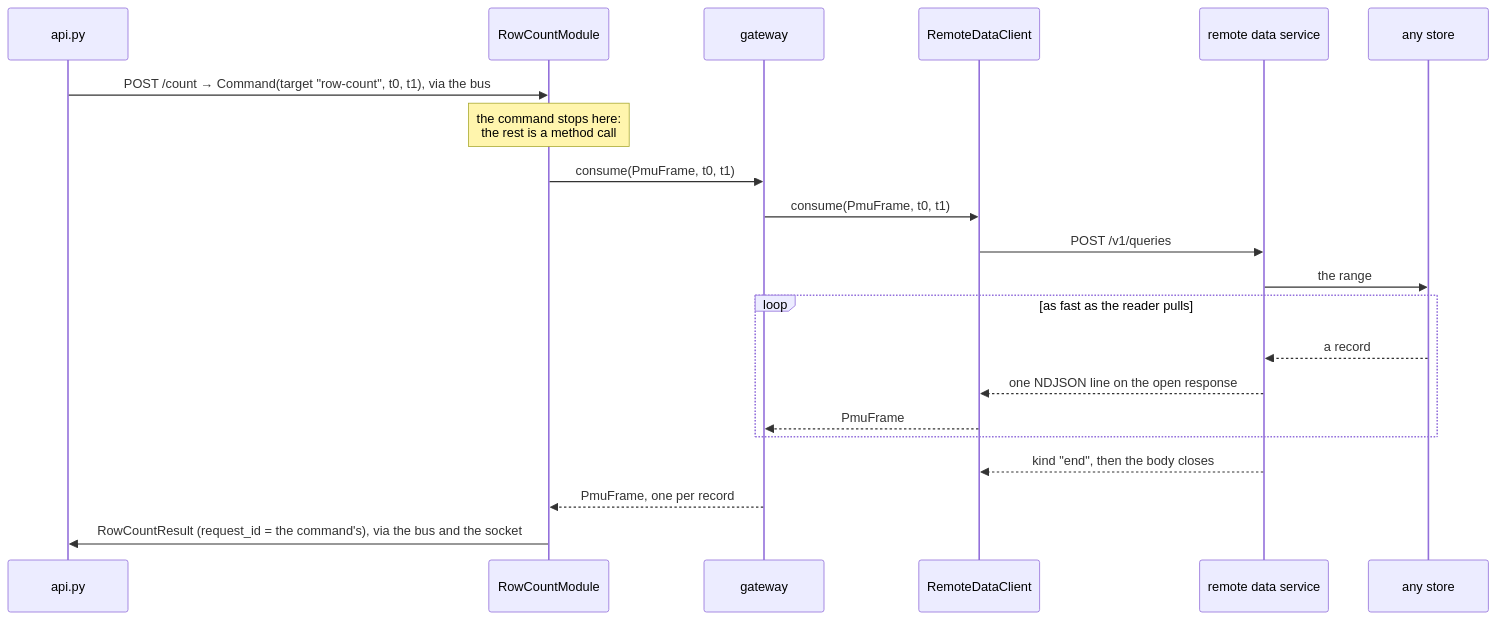
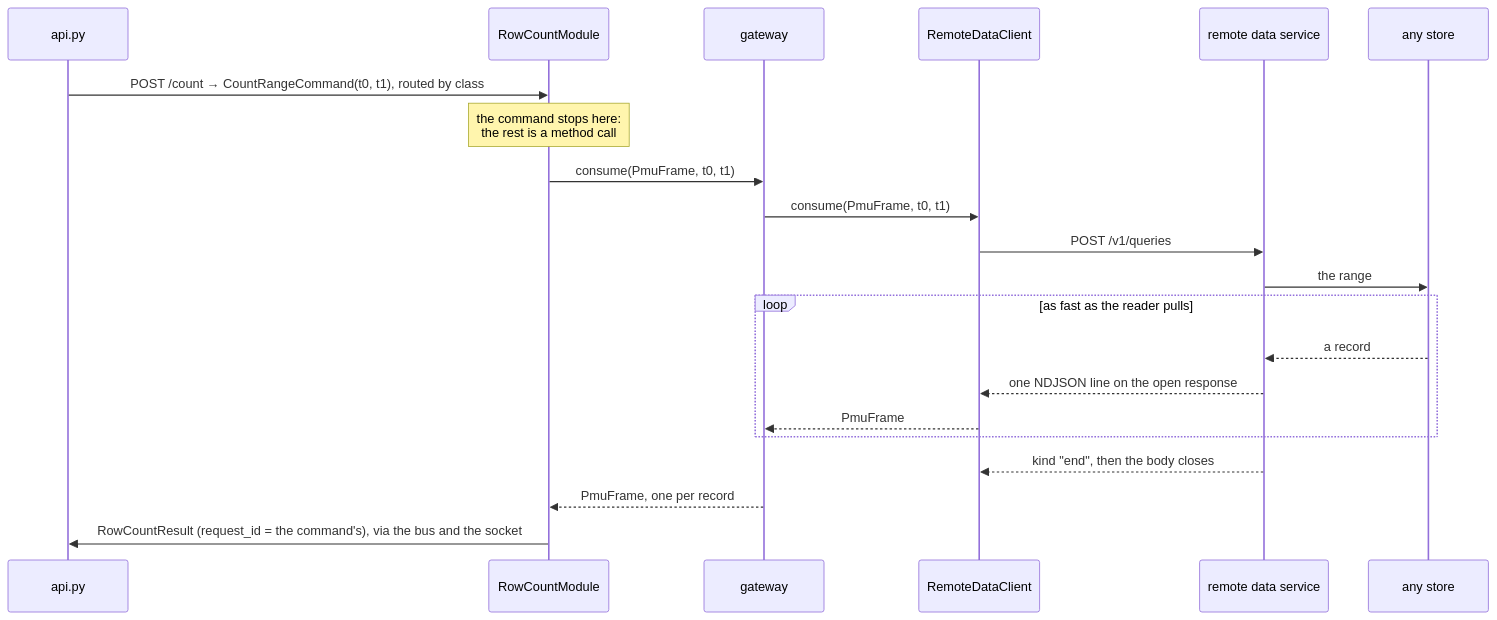
Before and after one commit to thomanil/p-SWAMP: the fifth of 5 diagrams in doc/server-data-architecture.md, drawn with Mermaid. The commit also changed other lines of this file and 31 other files, not shown here.

````diff
--- a/doc/server-data-architecture.md
+++ b/doc/server-data-architecture.md
@@ -840,24 +911,24 @@
 ```mermaid
 sequenceDiagram
     participant A as api.py
     participant M as RowCountModule
     participant G as gateway
     participant R as RemoteDataClient
     participant S as remote data service
     participant D as any store
 
-    A->>M: POST /count → Command(target "row-count", t0, t1), via the bus
+    A->>M: POST /count → CountRangeCommand(t0, t1), routed by class
     Note over M: the command stops here:<br/>the rest is a method call
     M->>G: consume(PmuFrame, t0, t1)
     G->>R: consume(PmuFrame, t0, t1)
     R->>S: POST /v1/queries
     S->>D: the range
     loop as fast as the reader pulls
         D-->>S: a record
         S-->>R: one NDJSON line on the open response
         R-->>G: PmuFrame
     end
     S-->>R: kind "end", then the body closes
     G-->>M: PmuFrame, one per record
     M->>A: RowCountResult (request_id = the command's), via the bus and the socket
 ```
````
